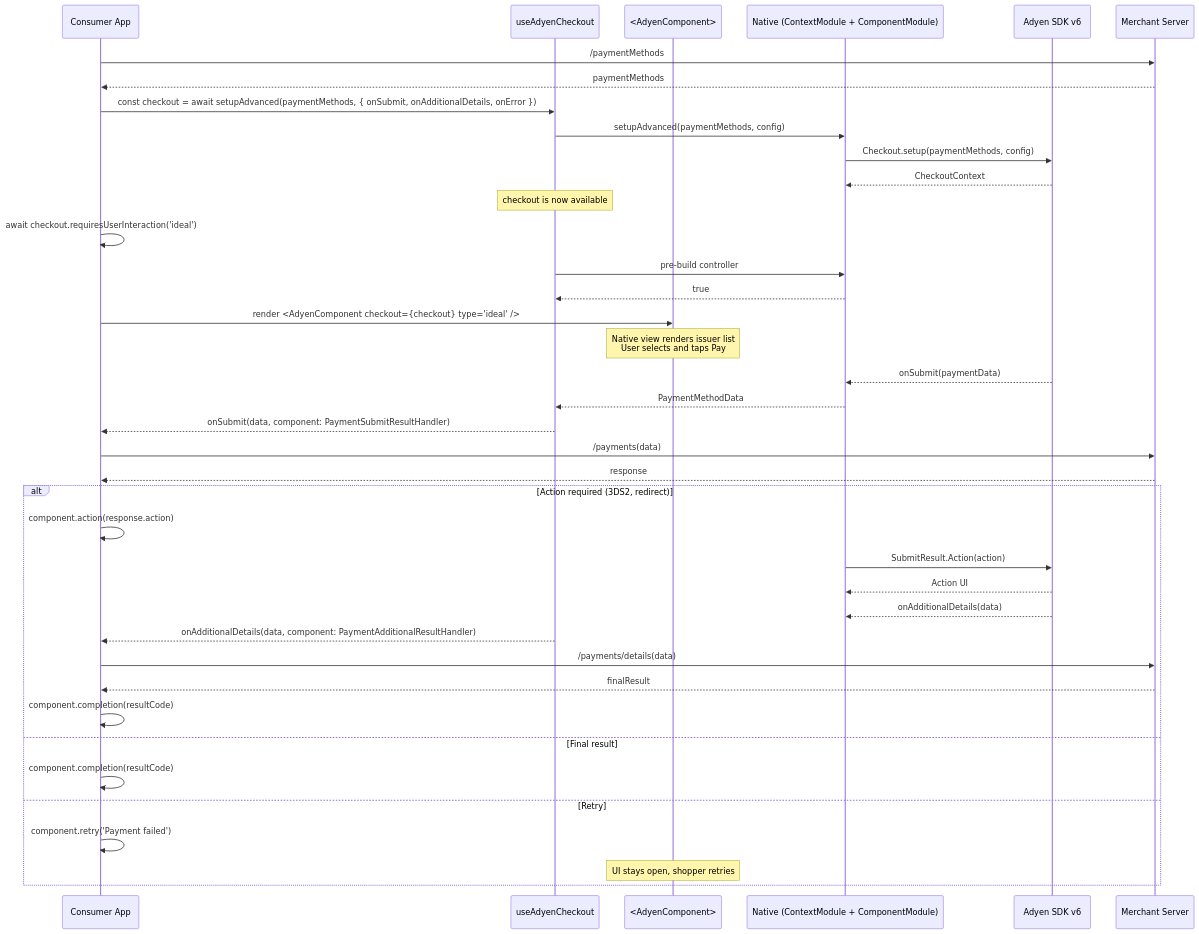
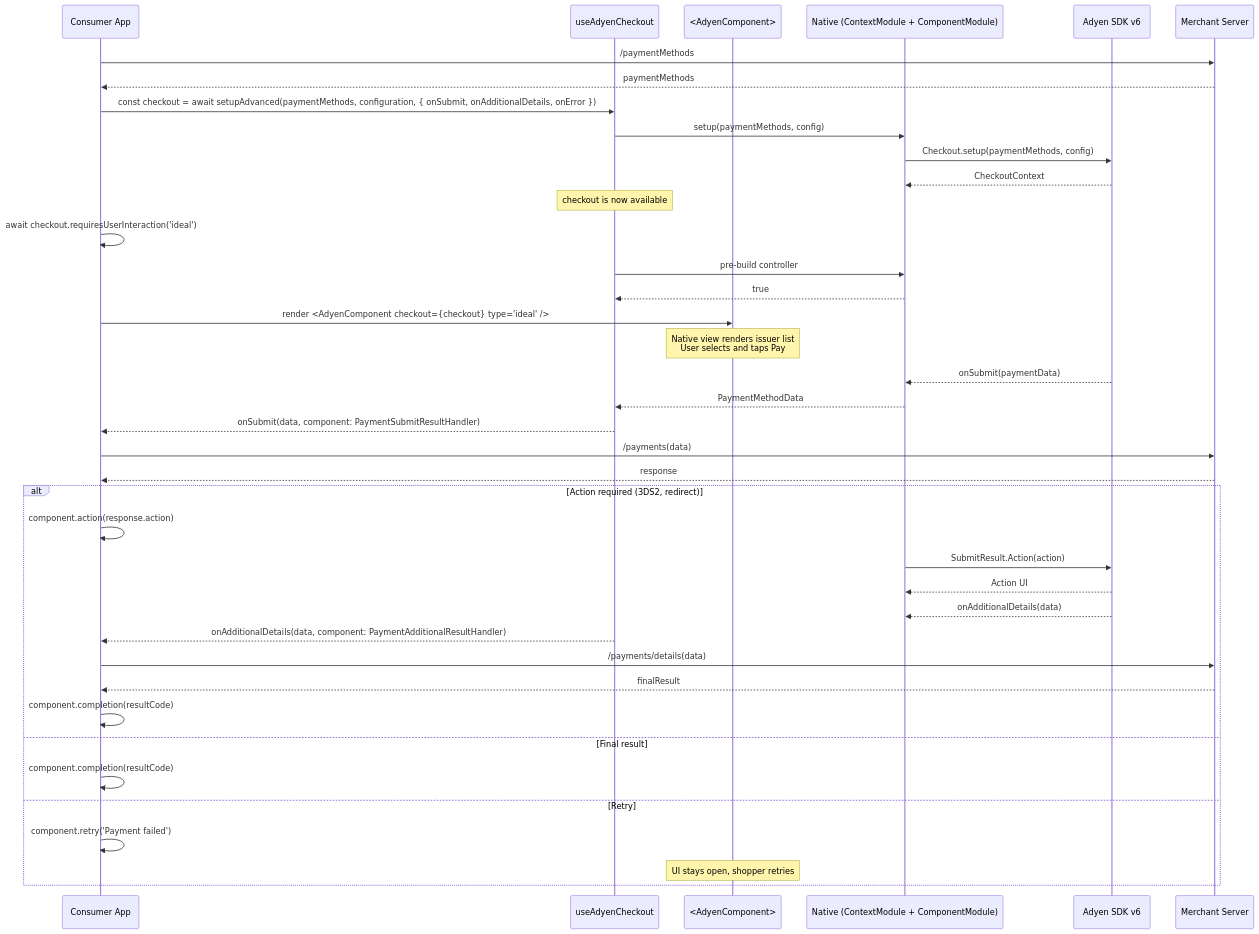
One commit to Adyen/adyen-react-native changed the fifth of 7 diagrams in docs/v6-public-api-proposal.md. Above: the diagram before and after it, drawn with Mermaid. The commit also changed other lines of this file and 48 other files, not shown here.

````diff
--- a/docs/v6-public-api-proposal.md
+++ b/docs/v6-public-api-proposal.md
@@ -183,48 +184,48 @@
 ```mermaid
 sequenceDiagram
     participant App as Consumer App
     participant Hook as useAdyenCheckout
     participant View as <AdyenComponent>
     participant Native as Native (ContextModule + ComponentModule)
     participant SDK as Adyen SDK v6
     participant Server as Merchant Server
 
     App->>Server: /paymentMethods
     Server-->>App: paymentMethods
 
-    App->>Hook: const checkout = await setupAdvanced(paymentMethods, { onSubmit, onAdditionalDetails, onError })
-    Hook->>Native: setupAdvanced(paymentMethods, config)
+    App->>Hook: const checkout = await setupAdvanced(paymentMethods, configuration, { onSubmit, onAdditionalDetails, onError })
+    Hook->>Native: setup(paymentMethods, config)
     Native->>SDK: Checkout.setup(paymentMethods, config)
     SDK-->>Native: CheckoutContext
     Note over Hook: checkout is now available
 
     App->>App: await checkout.requiresUserInteraction('ideal')
     Hook->>Native: pre-build controller
     Native-->>Hook: true
 
     App->>View: render <AdyenComponent checkout={checkout} type="ideal" />
     Note over View: Native view renders issuer list<br/>User selects and taps Pay
 
     SDK-->>Native: onSubmit(paymentData)
     Native-->>Hook: PaymentMethodData
     Hook-->>App: onSubmit(data, component: PaymentSubmitResultHandler)
 
     App->>Server: /payments(data)
     Server-->>App: response
 
     alt Action required (3DS2, redirect)
         App->>App: component.action(response.action)
         Native->>SDK: SubmitResult.Action(action)
         SDK-->>Native: Action UI
         SDK-->>Native: onAdditionalDetails(data)
         Hook-->>App: onAdditionalDetails(data, component: PaymentAdditionalResultHandler)
         App->>Server: /payments/details(data)
         Server-->>App: finalResult
         App->>App: component.completion(resultCode)
     else Final result
         App->>App: component.completion(resultCode)
     else Retry
         App->>App: component.retry('Payment failed')
         Note over View: UI stays open, shopper retries
     end
 ```
````
